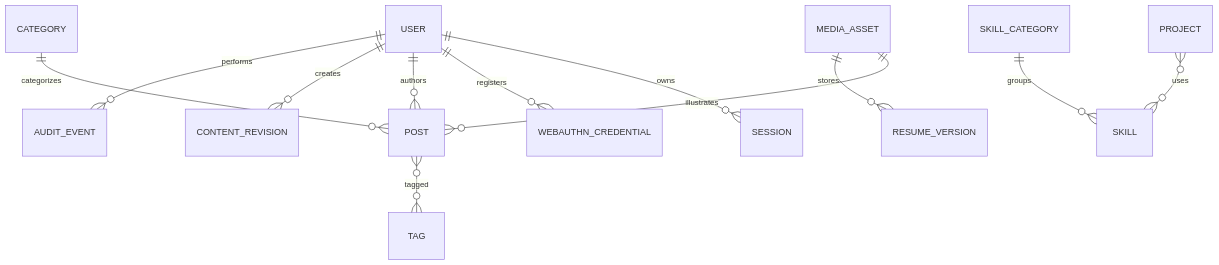
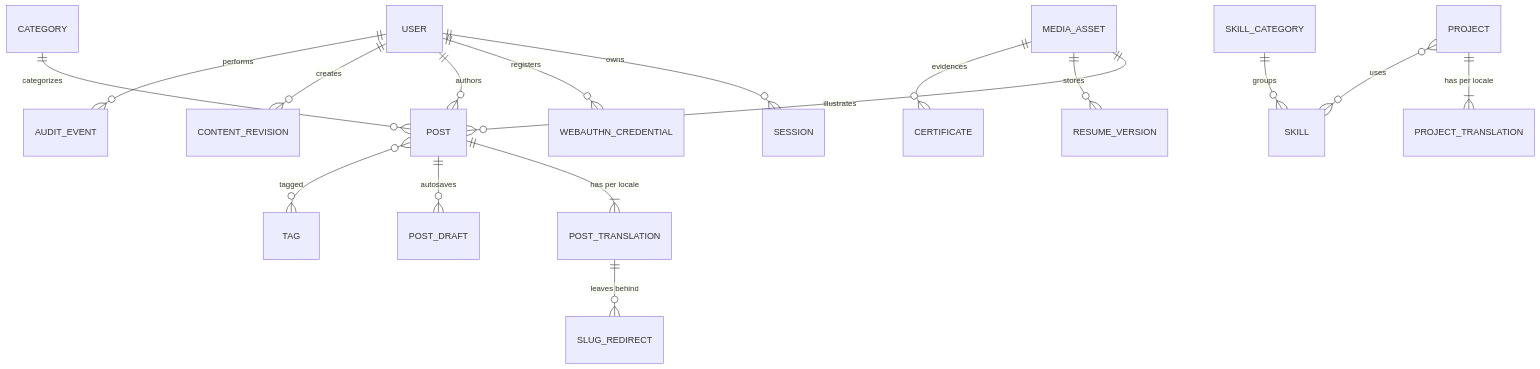
Before and after one commit to amirrrreza1/Portfolio: the diagram in docs/DATA_MODEL.md, drawn with Mermaid. The commit also changed other lines of this file and 15 other files, not shown here.

````diff
--- a/docs/DATA_MODEL.md
+++ b/docs/DATA_MODEL.md
@@ -130,14 +198,19 @@
 ```mermaid
 erDiagram
   USER ||--o{ SESSION : owns
   USER ||--o{ WEBAUTHN_CREDENTIAL : registers
   USER ||--o{ POST : authors
   USER ||--o{ CONTENT_REVISION : creates
+  POST ||--|{ POST_TRANSLATION : "has per locale"
+  POST_TRANSLATION ||--o{ SLUG_REDIRECT : "leaves behind"
+  POST ||--o{ POST_DRAFT : "autosaves"
+  PROJECT ||--|{ PROJECT_TRANSLATION : "has per locale"
   PROJECT }o--o{ SKILL : uses
   SKILL_CATEGORY ||--o{ SKILL : groups
   POST }o--o{ TAG : tagged
   CATEGORY ||--o{ POST : categorizes
   MEDIA_ASSET ||--o{ POST : illustrates
   MEDIA_ASSET ||--o{ RESUME_VERSION : stores
+  MEDIA_ASSET ||--o{ CERTIFICATE : evidences
   USER ||--o{ AUDIT_EVENT : performs
 ```
````
